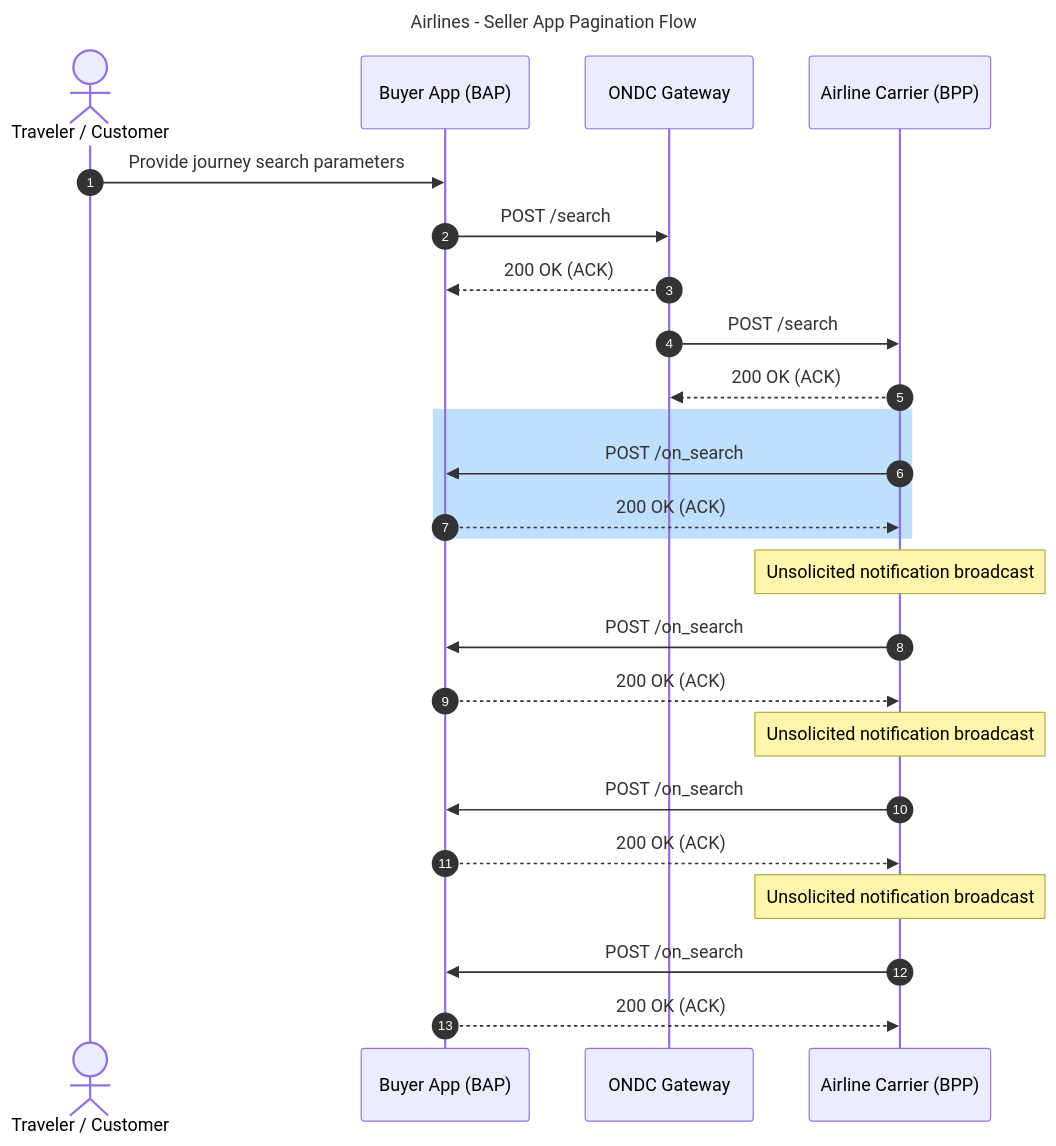
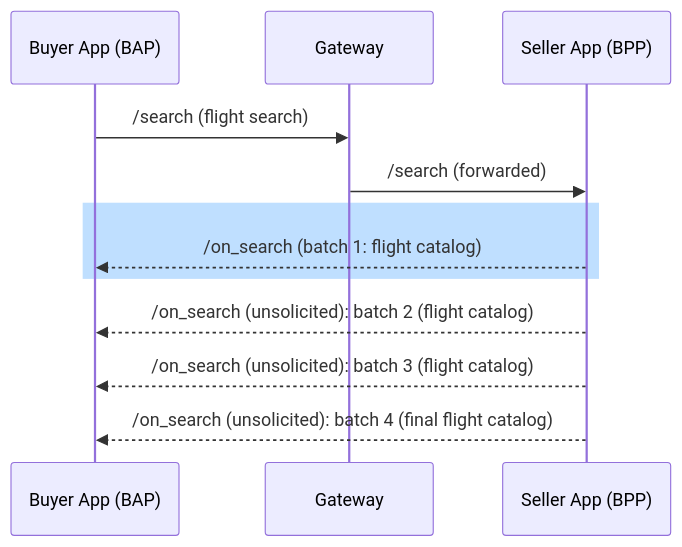
Before and after one commit to ONDC-Official/automation-specifications: the second of 5 diagrams in config/docs/airlines-seller-app-pagination-flow-sequence-diagrams.md, drawn with Mermaid. The commit also changed other lines of this file and 23 other files, not shown here.

````diff
--- a/config/docs/airlines-seller-app-pagination-flow-sequence-diagrams.md
+++ b/config/docs/airlines-seller-app-pagination-flow-sequence-diagrams.md
@@ -44,28 +29,14 @@
 ```mermaid
 sequenceDiagram
-    title Airlines - Seller App Pagination Flow
-    autonumber
-    actor User as Traveler / Customer
-    participant BAP as Buyer App (BAP)
-    participant BG as ONDC Gateway
-    participant BPP as Airline Carrier (BPP)
-
-    User->>BAP: Provide journey search parameters
-    BAP->>BG: POST /search
-    BG-->>BAP: 200 OK (ACK)
-    BG->>BPP: POST /search
-    BPP-->>BG: 200 OK (ACK)
-    rect rgb(191, 223, 255)
-    BPP->>BAP: POST /on_search
-    BAP-->>BPP: 200 OK (ACK)
-    end
-    Note over BPP: Unsolicited notification broadcast
-    BPP->>BAP: POST /on_search
-    BAP-->>BPP: 200 OK (ACK)
-    Note over BPP: Unsolicited notification broadcast
-    BPP->>BAP: POST /on_search
-    BAP-->>BPP: 200 OK (ACK)
-    Note over BPP: Unsolicited notification broadcast
-    BPP->>BAP: POST /on_search
-    BAP-->>BPP: 200 OK (ACK)
+  participant Buyer App (BAP)
+  participant Gateway
+  participant Seller App (BPP)
+  Buyer App (BAP)->>Gateway: /search (flight search)
+  Gateway->>Seller App (BPP): /search (forwarded)
+  rect rgb(191, 223, 255)
+  Seller App (BPP)-->>Buyer App (BAP): /on_search (batch 1: flight catalog)
+  end
+  Seller App (BPP)-->>Buyer App (BAP): /on_search (unsolicited): batch 2 (flight catalog)
+  Seller App (BPP)-->>Buyer App (BAP): /on_search (unsolicited): batch 3 (flight catalog)
+  Seller App (BPP)-->>Buyer App (BAP): /on_search (unsolicited): batch 4 (final flight catalog)
 ```
````
